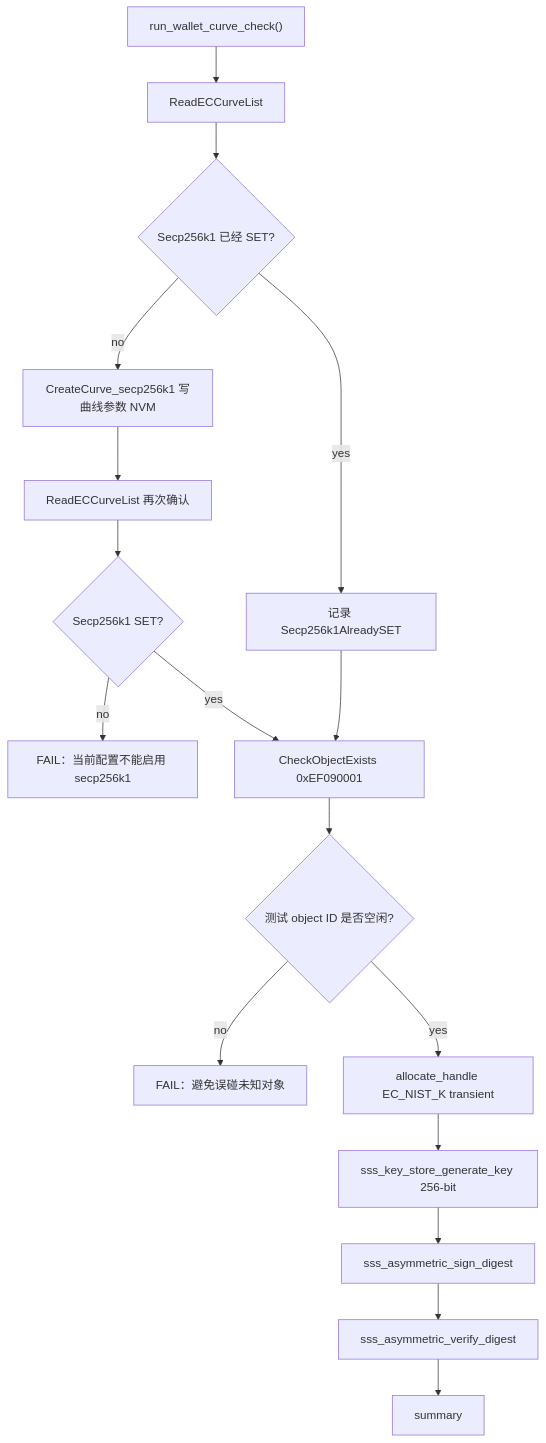
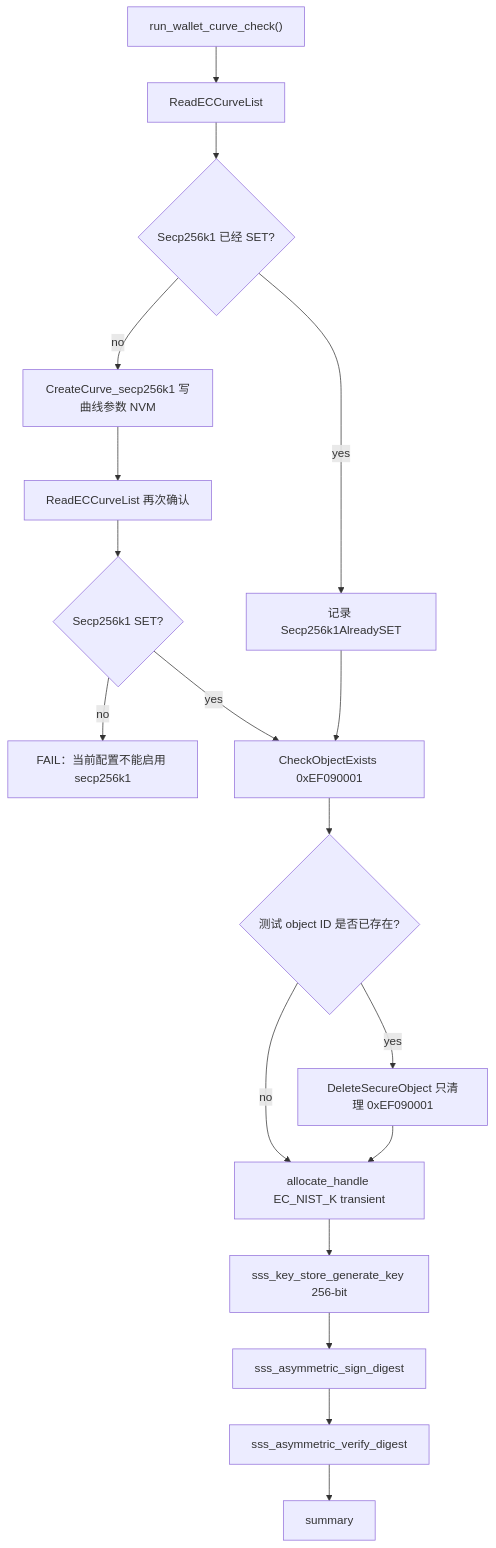
Diagram 14 of 14 in demo/README.md (tianrking/nrf54lm20-se05x-ncs), drawn with Mermaid before and after one commit. The commit also changed other lines of this file and 2 other files, not shown here.

````diff
--- a/demo/README.md
+++ b/demo/README.md
@@ -787,19 +787,20 @@
 ```mermaid
 flowchart TD
     A["run_wallet_curve_check()"] --> B["ReadECCurveList"]
     B --> C{"Secp256k1 已经 SET?"}
     C -->|yes| D["记录 Secp256k1AlreadySET"]
     C -->|no| E["CreateCurve_secp256k1 写曲线参数 NVM"]
     E --> F["ReadECCurveList 再次确认"]
     F --> G{"Secp256k1 SET?"}
     G -->|no| H["FAIL：当前配置不能启用 secp256k1"]
     G -->|yes| I["CheckObjectExists 0xEF090001"]
     D --> I
-    I --> J{"测试 object ID 是否空闲?"}
-    J -->|no| K["FAIL：避免误碰未知对象"]
-    J -->|yes| L["allocate_handle EC_NIST_K transient"]
+    I --> J{"测试 object ID 是否已存在?"}
+    J -->|yes| K["DeleteSecureObject 只清理 0xEF090001"]
+    J -->|no| L["allocate_handle EC_NIST_K transient"]
+    K --> L
     L --> M["sss_key_store_generate_key 256-bit"]
     M --> N["sss_asymmetric_sign_digest"]
     N --> O["sss_asymmetric_verify_digest"]
     O --> P["summary"]
 ```
````
